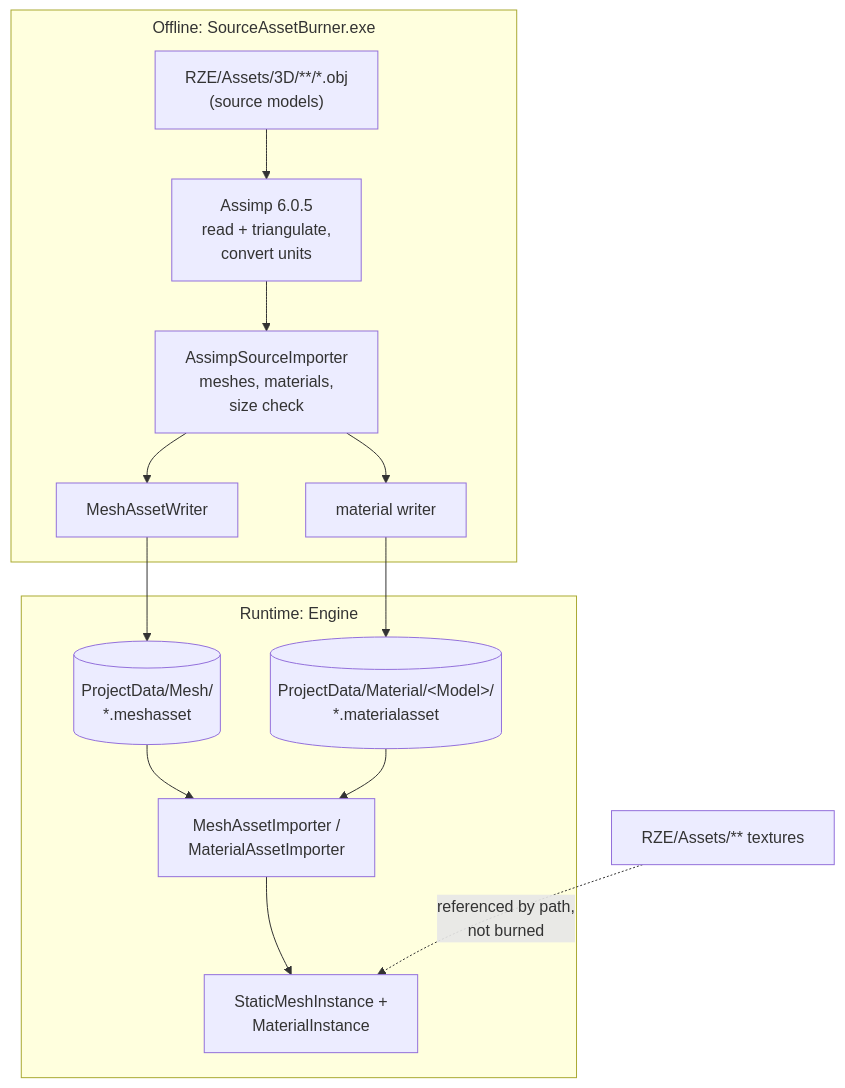
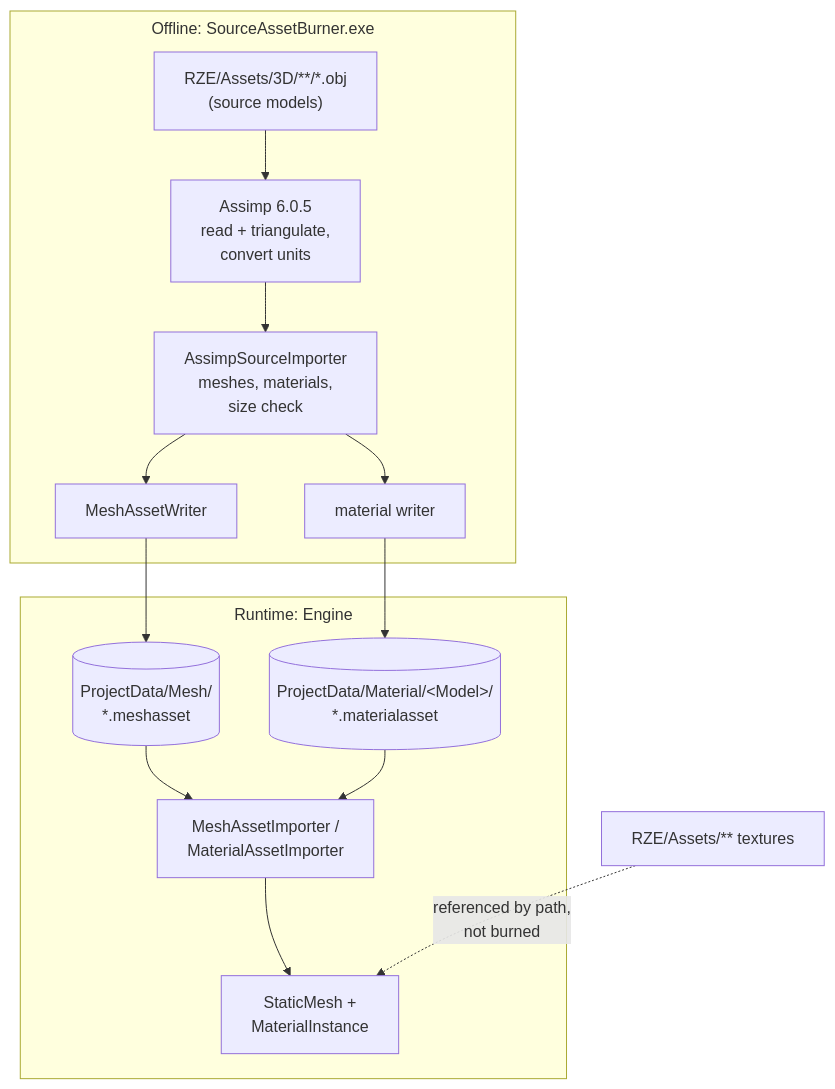
Before and after one commit to b1nary0/RZE: the first of 2 diagrams in Docs/Generated/Engine/05-AssetPipeline/Asset-Burning-Pipeline.md, drawn with Mermaid. The commit also changed other lines of this file and 9 other files, not shown here.

````diff
--- a/Docs/Generated/Engine/05-AssetPipeline/Asset-Burning-Pipeline.md
+++ b/Docs/Generated/Engine/05-AssetPipeline/Asset-Burning-Pipeline.md
@@ -5,18 +5,18 @@
 ```mermaid
 %%{init: {'flowchart': {'subGraphTitleMargin': {'top': 6, 'bottom': 10}}, 'themeCSS': '.labelBkg, .edgeLabel { background-color: var(--background-primary) !important; } .messageText, .labelText, .loopText { paint-order: stroke; stroke: var(--background-primary); stroke-width: 5px; stroke-linejoin: round; }'}}%%
 flowchart TD
     subgraph Offline["Offline: SourceAssetBurner.exe"]
         Src["RZE/Assets/3D/**/*.obj<br/>(source models)"] --> Assimp["Assimp 6.0.5<br/>read + triangulate,<br/>convert units"]
         Assimp --> Imp["AssimpSourceImporter<br/>meshes, materials,<br/>size check"]
         Imp --> W1["MeshAssetWriter"]
         Imp --> W2["material writer"]
     end
     W1 --> Mesh[("ProjectData/Mesh/<br/>*.meshasset")]
     W2 --> Mat[("ProjectData/Material/&lt;Model&gt;/<br/>*.materialasset")]
     subgraph Runtime["Runtime: Engine"]
         Mesh --> RI["MeshAssetImporter /<br/>MaterialAssetImporter"]
         Mat --> RI
-        RI --> Live["StaticMeshInstance +<br/>MaterialInstance"]
+        RI --> Live["StaticMesh +<br/>MaterialInstance"]
     end
     Tex["RZE/Assets/** textures"] -.->|"referenced by path,<br/>not burned"| Live
 ```
````
